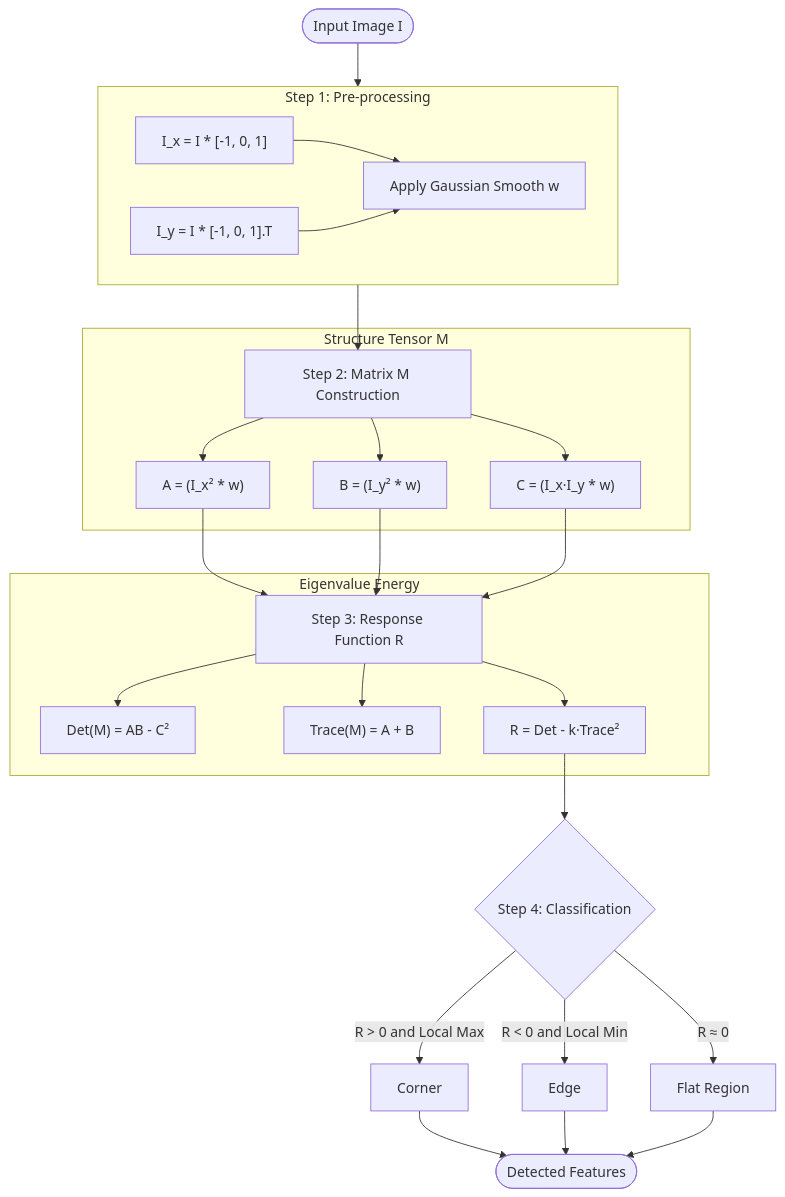
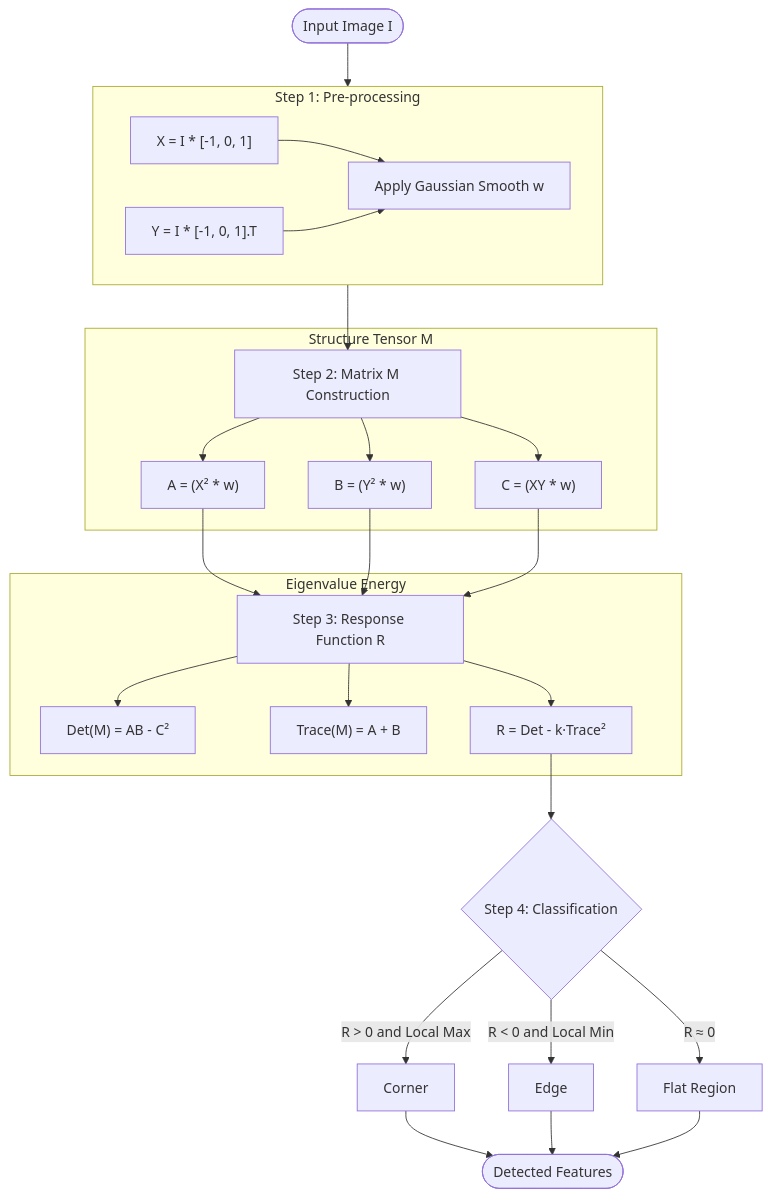
One commit to oldpig123/DISP-tutorial changed the diagram in README.md. Above: the diagram before and after it, drawn with Mermaid.

Commit message:
Tutorial 5 (Exercise 4): Standardized notation to X/Y for Harris Corner Detector documentation.

````diff
--- a/README.md
+++ b/README.md
@@ -265,37 +265,37 @@
 ```mermaid
 graph TD
     Start([Input Image I]) --> Step1
     
     subgraph Step1 ["Step 1: Pre-processing"]
-        Ix["I_x = I * [-1, 0, 1]"]
-        Iy["I_y = I * [-1, 0, 1].T"]
+        X["X = I * [-1, 0, 1]"]
+        Y["Y = I * [-1, 0, 1].T"]
         Smooth["Apply Gaussian Smooth w"]
-        Ix & Iy --> Smooth
+        X & Y --> Smooth
     end
     
     Step1 --> Step2[Step 2: Matrix M Construction]
     
     subgraph "Structure Tensor M"
-        Step2 --> A["A = (I_x² * w)"]
-        Step2 --> B["B = (I_y² * w)"]
-        Step2 --> C["C = (I_x·I_y * w)"]
+        Step2 --> A["A = (X² * w)"]
+        Step2 --> B["B = (Y² * w)"]
+        Step2 --> C["C = (XY * w)"]
     end
     
     A & B & C --> Step3[Step 3: Response Function R]
     
     subgraph "Eigenvalue Energy"
         Step3 --> Det["Det(M) = AB - C²"]
         Step3 --> Tr["Trace(M) = A + B"]
         Step3 --> R["R = Det - k·Trace²"]
     end
     
     R --> Step4{Step 4: Classification}
     
     Step4 -- "R > 0 and Local Max" --> Corner[Corner]
     Step4 -- "R < 0 and Local Min" --> Edge[Edge]
     Step4 -- "R ≈ 0" --> Flat[Flat Region]
     
     Corner --> End([Detected Features])
     Edge --> End
     Flat --> End
 ```
````
